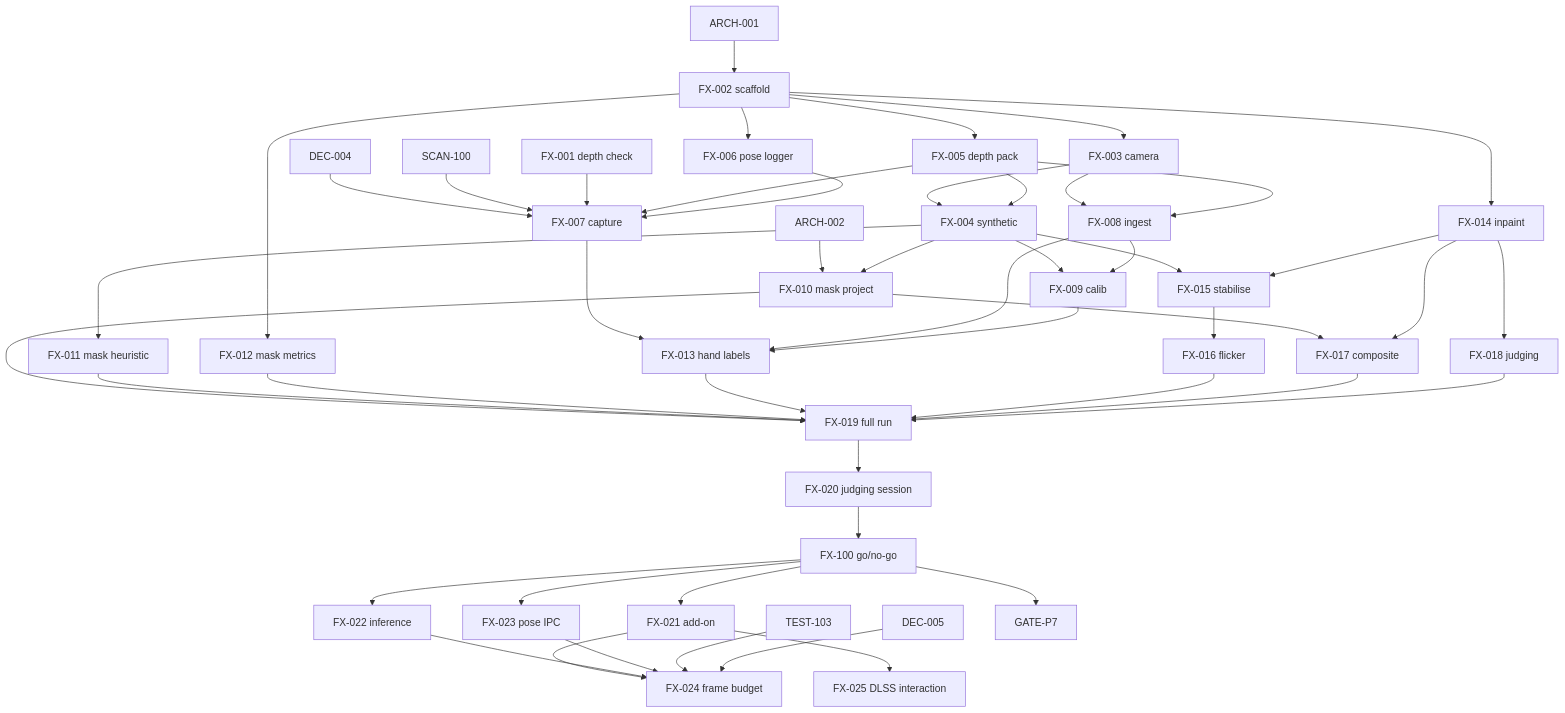
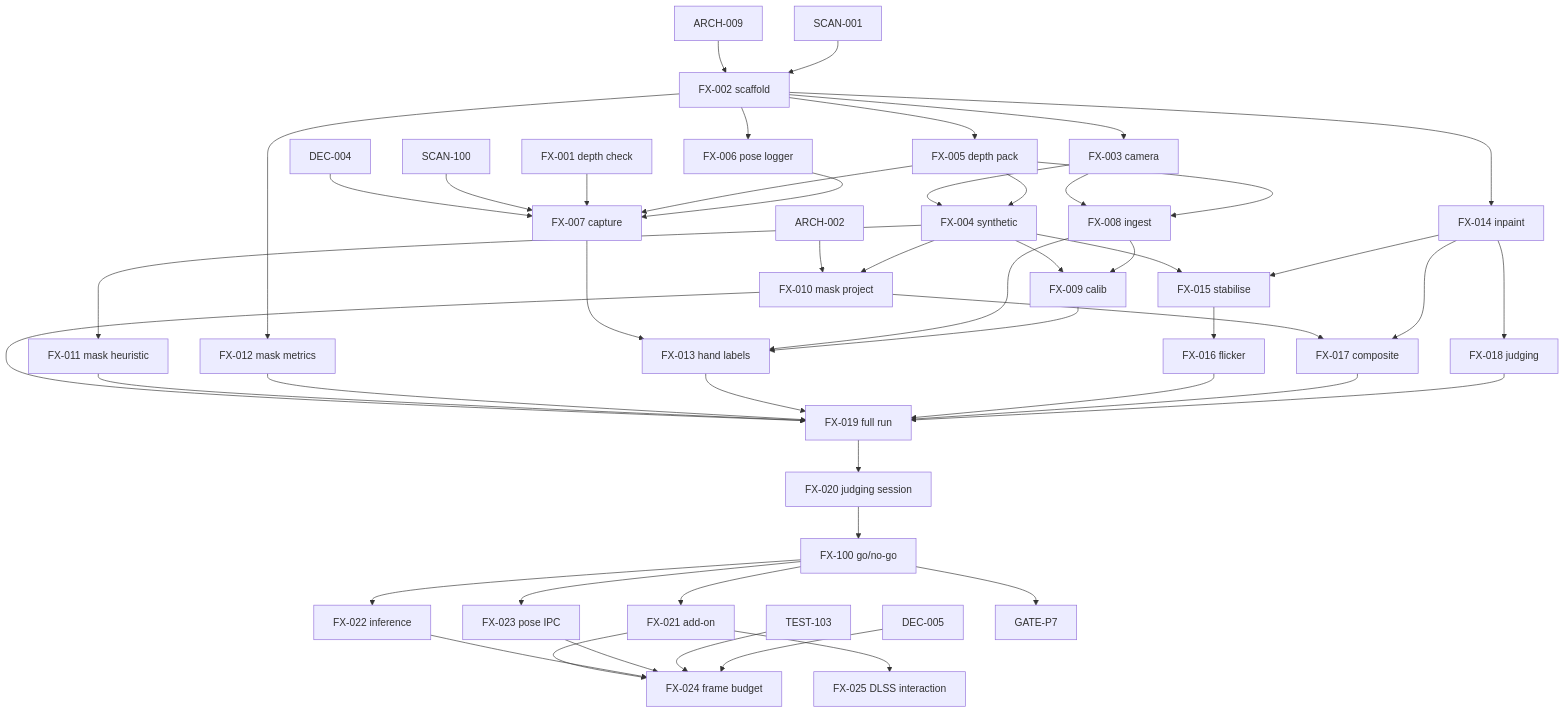
Before and after one commit to delta97/sim-palms: the diagram in plans/detailed/08-image-layer-experiment.md, drawn with Mermaid. The commit also changed other lines of this file and 66 other files, not shown here.

````diff
--- a/plans/detailed/08-image-layer-experiment.md
+++ b/plans/detailed/08-image-layer-experiment.md
@@ -464,51 +464,52 @@
 ```mermaid
 flowchart TD
-    ARCH001[ARCH-001] --> FX002
+    ARCH009[ARCH-009] --> FX002
+    SCAN001[SCAN-001] --> FX002
     ARCH002[ARCH-002] --> FX010
     DEC004[DEC-004] --> FX007
     SCAN100[SCAN-100] --> FX007
     FX001[FX-001 depth check] --> FX007
     FX002[FX-002 scaffold] --> FX003[FX-003 camera]
     FX002 --> FX005[FX-005 depth pack]
     FX002 --> FX006[FX-006 pose logger]
     FX002 --> FX012[FX-012 mask metrics]
     FX002 --> FX014[FX-014 inpaint]
     FX003 --> FX004[FX-004 synthetic]
     FX005 --> FX004
     FX003 --> FX008[FX-008 ingest]
     FX005 --> FX008
     FX005 --> FX007[FX-007 capture]
     FX006 --> FX007
     FX004 --> FX009[FX-009 calib]
     FX008 --> FX009
     FX004 --> FX010[FX-010 mask project]
     FX004 --> FX011[FX-011 mask heuristic]
     FX007 --> FX013[FX-013 hand labels]
     FX008 --> FX013
     FX009 --> FX013
     FX004 --> FX015[FX-015 stabilise]
     FX014 --> FX015
     FX015 --> FX016[FX-016 flicker]
     FX010 --> FX017[FX-017 composite]
     FX014 --> FX017
     FX014 --> FX018[FX-018 judging]
     FX010 --> FX019[FX-019 full run]
     FX011 --> FX019
     FX012 --> FX019
     FX013 --> FX019
     FX016 --> FX019
     FX017 --> FX019
     FX018 --> FX019
     FX019 --> FX020[FX-020 judging session]
     FX020 --> FX100[FX-100 go/no-go]
     FX100 --> FX021[FX-021 add-on]
     FX100 --> FX022[FX-022 inference]
     FX100 --> FX023[FX-023 pose IPC]
     FX021 --> FX024[FX-024 frame budget]
     FX022 --> FX024
     FX023 --> FX024
     TEST103[TEST-103] --> FX024
     DEC005[DEC-005] --> FX024
     FX021 --> FX025[FX-025 DLSS interaction]
     FX100 --> GATEP7[GATE-P7]
 ```
````
